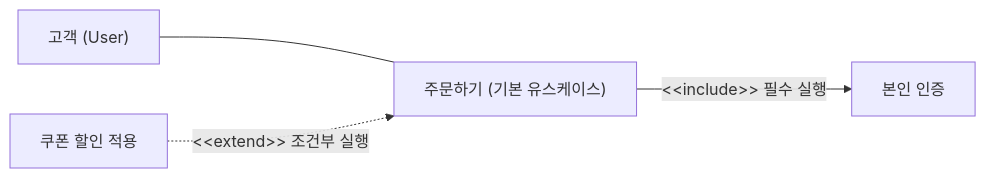
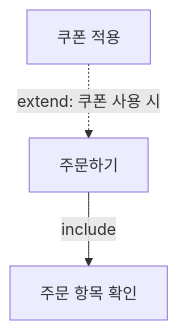
One commit to agnusdei1207/study changed the second of 3 diagrams in src/content/docs/notes/itpe/02-software-engineering/026_use_case_diagram.md. Above: the diagram before and after it, drawn with Mermaid. The commit also changed other lines of this file, not shown here.

````diff
--- a/src/content/docs/notes/itpe/02-software-engineering/026_use_case_diagram.md
+++ b/src/content/docs/notes/itpe/02-software-engineering/026_use_case_diagram.md
@@ -106,6 +105,5 @@
 ```mermaid
-flowchart LR
-    A["고객 (User)"] --- U["주문하기 (기본 유스케이스)"]
-    U -->|"&lt;&lt;include&gt;&gt; 필수 실행"| I["본인 인증"]
-    E["쿠폰 할인 적용"] -.->|"&lt;&lt;extend&gt;&gt; 조건부 실행"| U
+flowchart TD
+    A["주문하기"] -->|"include"| I["주문 항목 확인"]
+    E["쿠폰 적용"] -.->|"extend: 쿠폰 사용 시"| A
 ```
````
